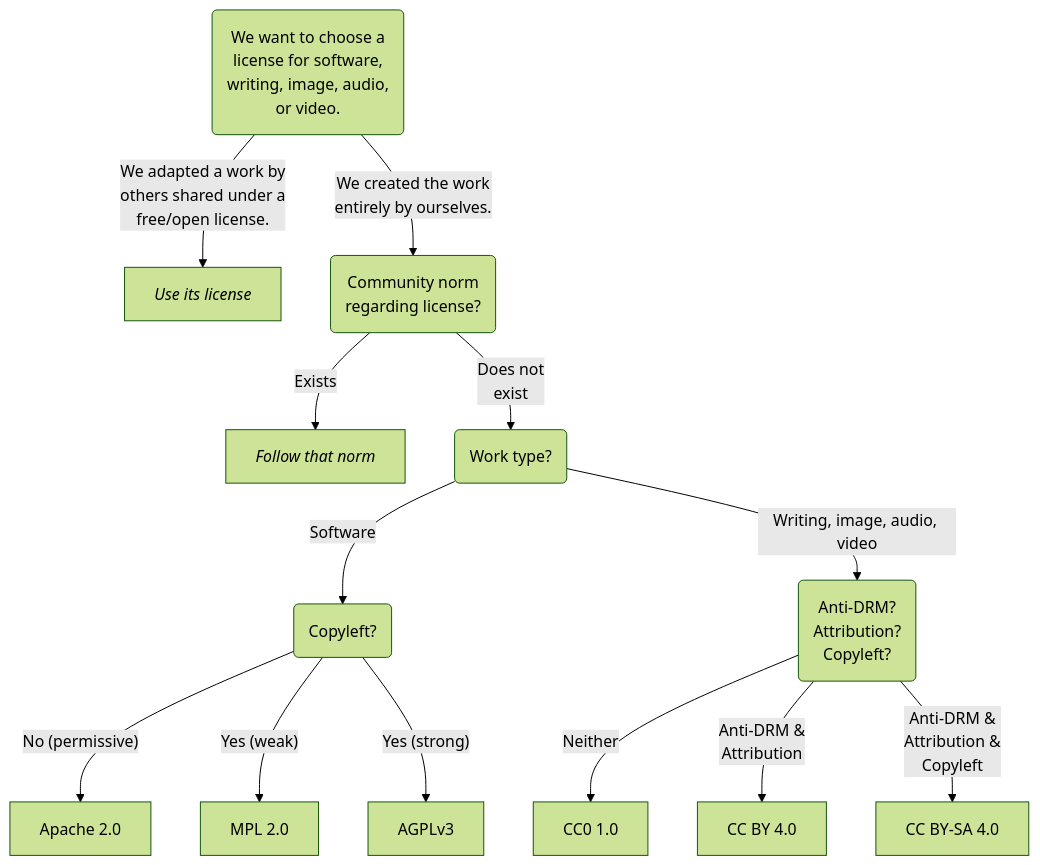
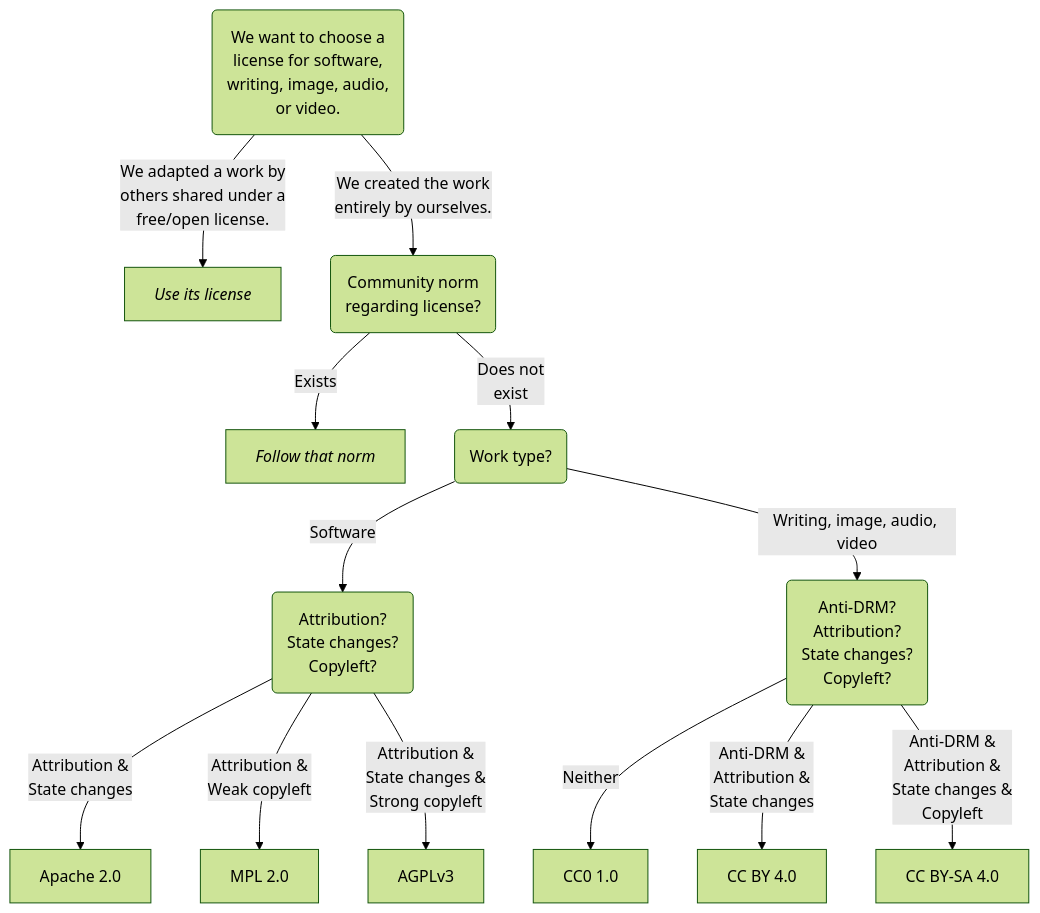
One commit to lmu-osc/code-publishing-short changed the second of 3 diagrams in choose_license.qmd. Above: the diagram before and after it, drawn with Mermaid (forest theme). The commit also changed other lines of this file and 1 other file, not shown here.

````diff
--- a/choose_license.qmd
+++ b/choose_license.qmd
@@ -283,26 +304,26 @@
 ```{mermaid}
 flowchart TB
   start("We want to choose a<br>license for software,<br>writing, image, audio,<br>or video.") --"We adapted a work by<br>others shared under a<br>free/open license."--> use_existing_license["<em>Use its license</em>"]
   start --"We created the work<br>entirely by ourselves."--> norm("Community norm<br>regarding license?")
   
   norm --"Exists"--> follow_existing_norms["<em>Follow that norm</em>"]
   norm --"Does not<br>exist"--> type("Work type?")
   
-  type --"Software"--> code_sa(Copyleft?)
-  type --"Writing, image, audio, video"--> nocode_cc("Anti-DRM?<br>Attribution?<br>Copyleft?")
+  type --"Software"--> code_sa("Attribution?<br>State changes?<br>Copyleft?")
+  type --"Writing, image, audio, video"--> nocode_cc("Anti-DRM?<br>Attribution?<br>State changes?<br>Copyleft?")
   
-  code_sa --"No (permissive)"--> apache["Apache 2.0"]
-  code_sa --"Yes (weak)"--> mpl["MPL 2.0"]
-  code_sa --"Yes (strong)"--> agpl["AGPLv3"]
+  code_sa --"Attribution &<br>State changes"--> apache["Apache 2.0"]
+  code_sa --"Attribution &<br>Weak copyleft"--> mpl["MPL 2.0"]
+  code_sa --"Attribution &<br>State changes &<br>Strong copyleft"--> agpl["AGPLv3"]
   
   nocode_cc --"Neither"--> cc0["CC0 1.0"]
-  nocode_cc --"Anti-DRM &<br>Attribution"--> cc_by["CC BY 4.0"]
-  nocode_cc --"Anti-DRM &<br>Attribution &<br>Copyleft"--> cc_by_sa["CC BY-SA 4.0"]
+  nocode_cc --"Anti-DRM &<br>Attribution &<br>State changes"--> cc_by["CC BY 4.0"]
+  nocode_cc --"Anti-DRM &<br>Attribution &<br>State changes &<br>Copyleft"--> cc_by_sa["CC BY-SA 4.0"]
   
   click apache href "https://choosealicense.com/licenses/apache-2.0/"
   click mpl href "https://choosealicense.com/licenses/mpl-2.0/"
   click agpl href "https://choosealicense.com/licenses/agpl-3.0/"
   click cc0 href "https://creativecommons.org/publicdomain/zero/1.0/"
   click cc_by href "https://creativecommons.org/licenses/by/4.0/"
   click cc_by_sa href "https://creativecommons.org/licenses/by-sa/4.0/"
 ```
````
